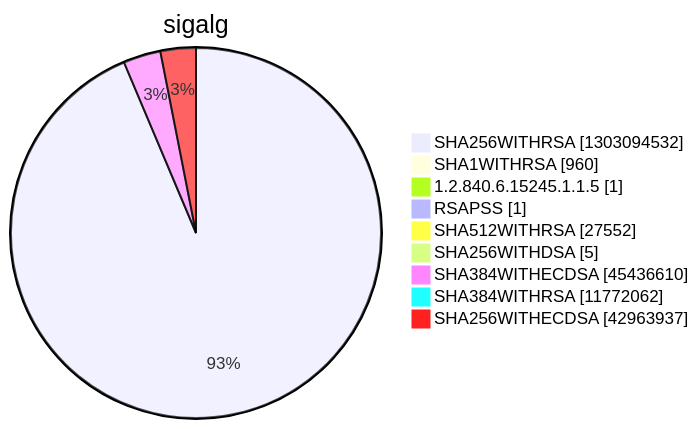
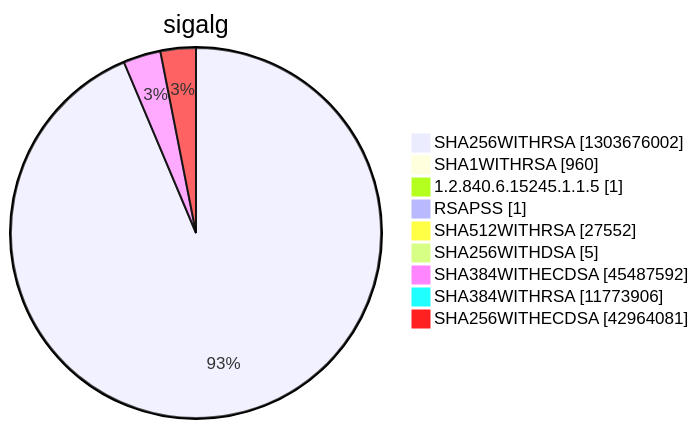
One commit to christiankrug/ctmonitor_visualization changed diagram 15 of 15 in argon2022/README.md. Above: the diagram before and after it, drawn with Mermaid. The commit also changed other lines of this file, not shown here.

````diff
--- a/argon2022/README.md
+++ b/argon2022/README.md
@@ -5523,13 +5523,13 @@
 ```mermaid
 pie showData
 title sigalg
-"SHA256WITHRSA" :1303094532
+"SHA256WITHRSA" :1303676002
 "SHA1WITHRSA" :960
 "1.2.840.6.15245.1.1.5" :1
 "RSAPSS" :1
 "SHA512WITHRSA" :27552
 "SHA256WITHDSA" :5
-"SHA384WITHECDSA" :45436610
-"SHA384WITHRSA" :11772062
-"SHA256WITHECDSA" :42963937
+"SHA384WITHECDSA" :45487592
+"SHA384WITHRSA" :11773906
+"SHA256WITHECDSA" :42964081
 ```
````
